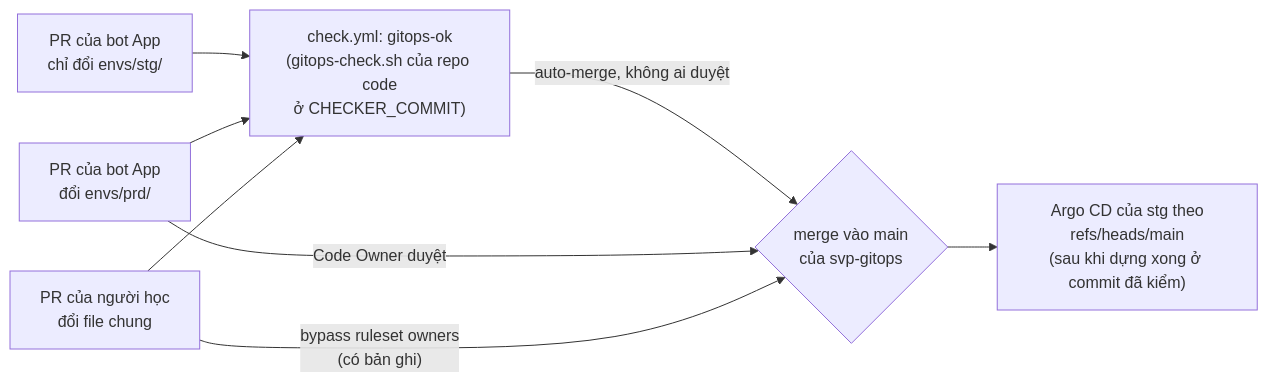
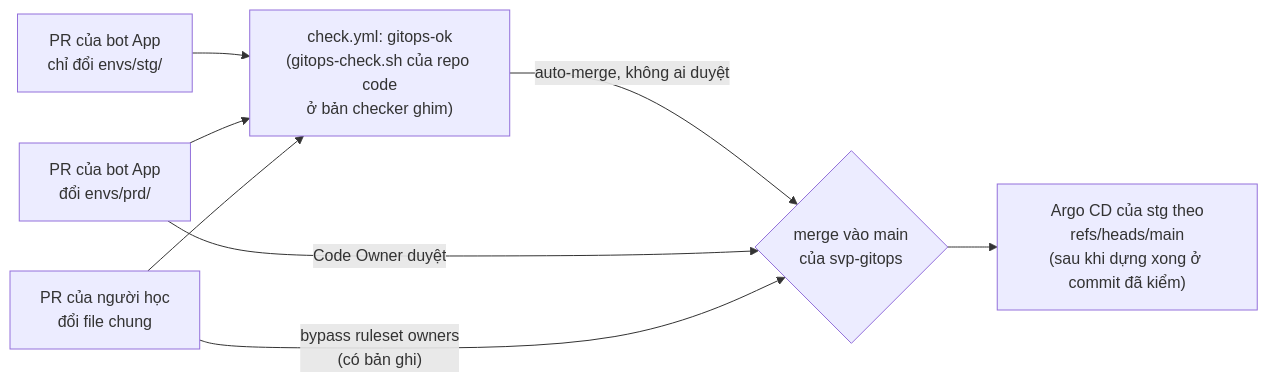
One commit to anhnvcoder/svp-backend changed the sixth of 6 diagrams in docs/ci-cd.md. Above: the diagram before and after it, drawn with Mermaid. The commit also changed other lines of this file and 36 other files, not shown here.

First line of the commit message:
feat: versioned gitops checker released by release-please

````diff
--- a/docs/ci-cd.md
+++ b/docs/ci-cd.md
@@ -172,14 +196,14 @@
 ```mermaid
 flowchart LR
     bot["PR của bot App<br/>chỉ đổi envs/stg/"]
     prd["PR của bot App<br/>đổi envs/prd/"]
     own["PR của người học<br/>đổi file chung"]
-    check["check.yml: gitops-ok<br/>(gitops-check.sh của repo code<br/>ở CHECKER_COMMIT)"]
+    check["check.yml: gitops-ok<br/>(gitops-check.sh của repo code<br/>ở bản checker ghim)"]
     m{"merge vào main<br/>của svp-gitops"}
     bot --> check -->|"auto-merge, không ai duyệt"| m
     prd --> check
     prd -->|"Code Owner duyệt"| m
     own --> check
     own -->|"bypass ruleset owners<br/>(có bản ghi)"| m
     m --> argo["Argo CD của stg theo<br/>refs/heads/main<br/>(sau khi dựng xong ở commit đã kiểm)"]
 ```
````
